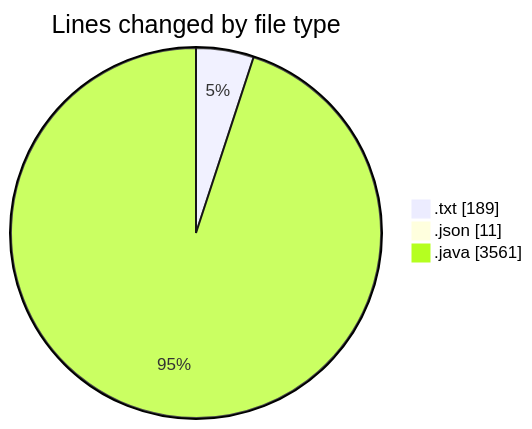
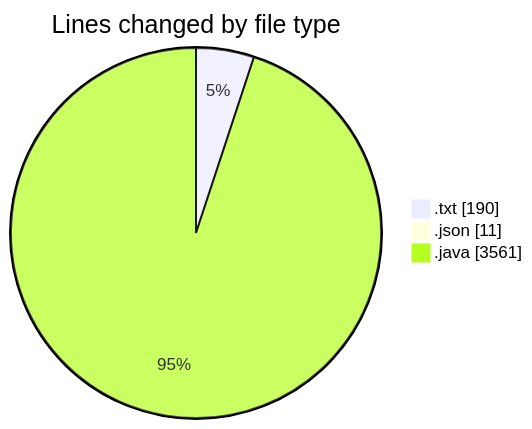
One commit to ricardozamudiocil/code-tracking changed the first of 2 diagrams in 2026-07-15/cilapp/README.md. Above: the diagram before and after it, drawn with Mermaid. The commit also changed other lines of this file and 1 other file, not shown here.

````diff
--- a/2026-07-15/cilapp/README.md
+++ b/2026-07-15/cilapp/README.md
@@ -22,7 +22,7 @@
 ```mermaid
 pie showData
 title Lines changed by file type
-".txt" : 189
+".txt" : 190
 ".json" : 11
 ".java" : 3561
 ```
````
